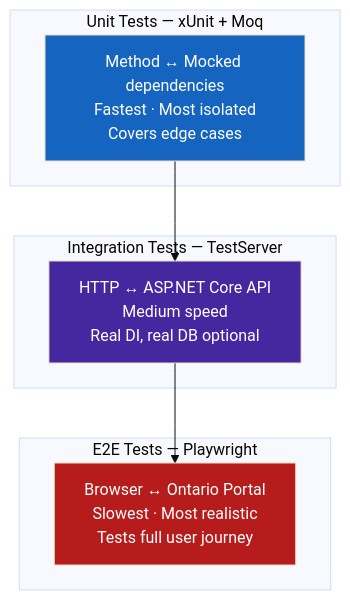
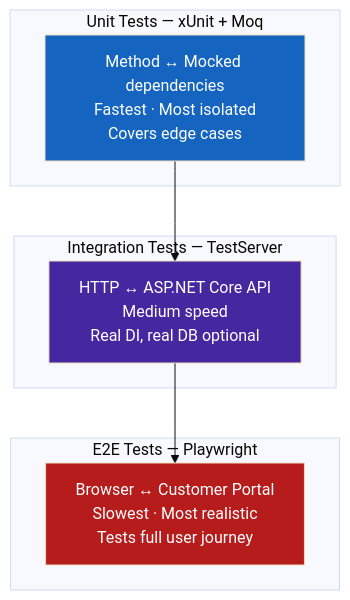
Before and after one commit to BasujitaBhattacharya/FY26---Advanced-GitHub-Copilot-Workshop: the diagram in 06-qa-testing/docs/testing-strategies.md, drawn with Mermaid (base theme). The commit also changed other lines of this file and 34 other files, not shown here.

Commit message:
Refactor project to replace all instances of "Permits" with "CustomerPermits" across documentation, code samples, and configuration files. This includes updates to SQL queries, prompt descriptions, and Playwright tests to reflect the new schema and database naming conventions.

````diff
--- a/06-qa-testing/docs/testing-strategies.md
+++ b/06-qa-testing/docs/testing-strategies.md
@@ -9,18 +9,18 @@
 ```mermaid
 flowchart TB
     subgraph "E2E Tests — Playwright"
-        E[Browser ↔ Ontario Portal\nSlowest · Most realistic\nTests full user journey]
+        E[Browser ↔ Customer Portal\nSlowest · Most realistic\nTests full user journey]
     end
     subgraph "Integration Tests — TestServer"
         I[HTTP ↔ ASP.NET Core API\nMedium speed\nReal DI, real DB optional]
     end
     subgraph "Unit Tests — xUnit + Moq"
         U[Method ↔ Mocked dependencies\nFastest · Most isolated\nCovers edge cases]
     end
 
     U --> I --> E
 
     style U fill:#1565c0,color:#fff
     style I fill:#4527a0,color:#fff
     style E fill:#b71c1c,color:#fff
 ```
````
